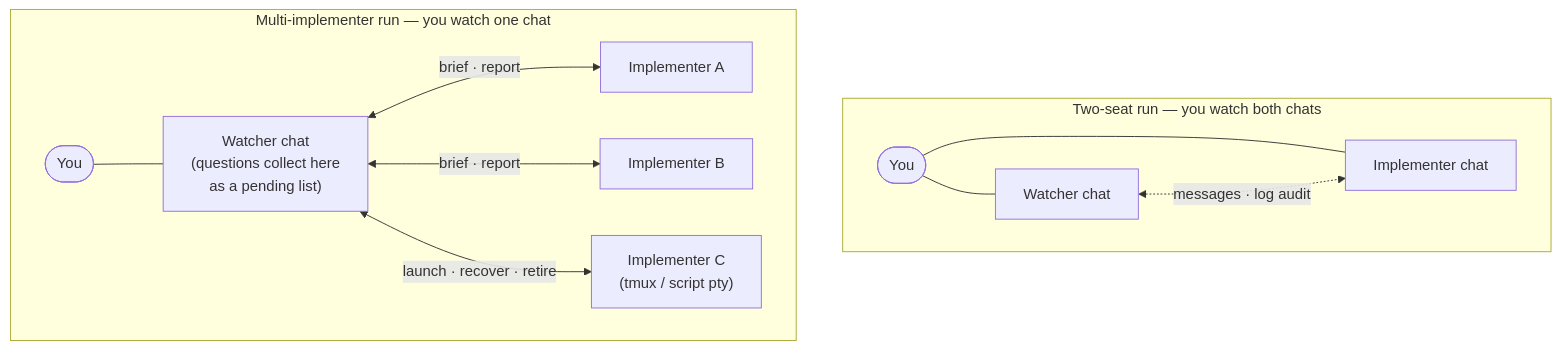
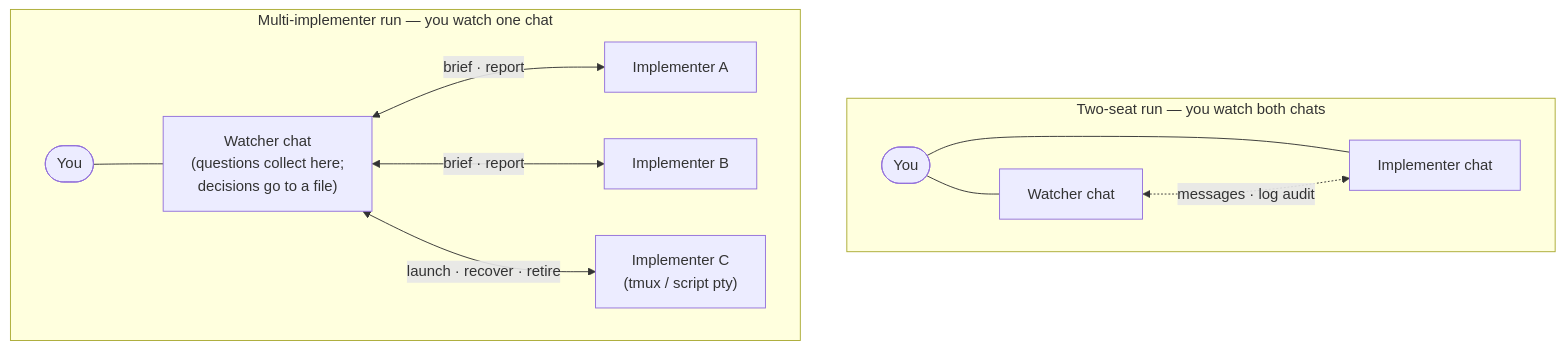
The second of 2 diagrams in README.md (inakaegg/pair-watch), drawn with Mermaid before and after one commit. The commit also changed other lines of this file and 1 other file, not shown here.

First line of the commit message:
Point the READMEs at the pending-decision files / READMEの確認待ち一覧をファイル運用へ直す

````diff
--- a/README.md
+++ b/README.md
@@ -91,16 +92,16 @@
 ```mermaid
 flowchart TB
     subgraph classic["Two-seat run — you watch both chats"]
         direction LR
         U1([You]) --- W1["Watcher chat"]
         U1 --- I1["Implementer chat"]
         W1 <-.->|"messages · log audit"| I1
     end
     subgraph multi["Multi-implementer run — you watch one chat"]
         direction LR
-        U2([You]) --- W2["Watcher chat<br/>(questions collect here<br/>as a pending list)"]
+        U2([You]) --- W2["Watcher chat<br/>(questions collect here;<br/>decisions go to a file)"]
         W2 <-->|"brief · report"| A["Implementer A"]
         W2 <-->|"brief · report"| B["Implementer B"]
         W2 <-->|"launch · recover · retire"| C["Implementer C<br/>(tmux / script pty)"]
     end
 ```
````
